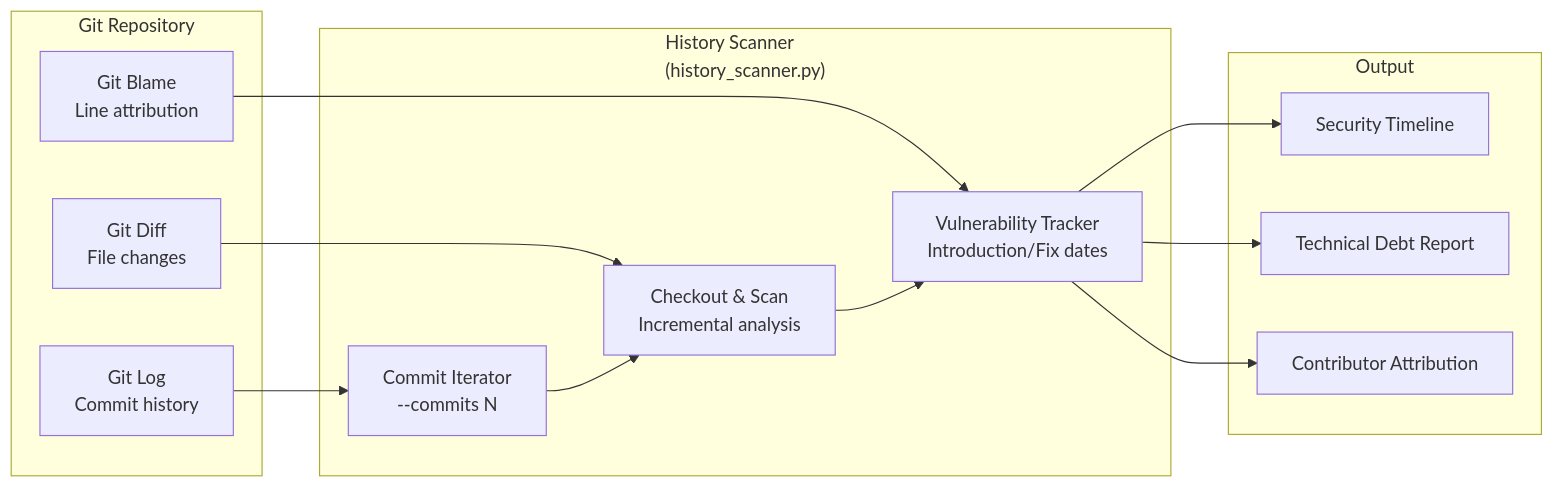
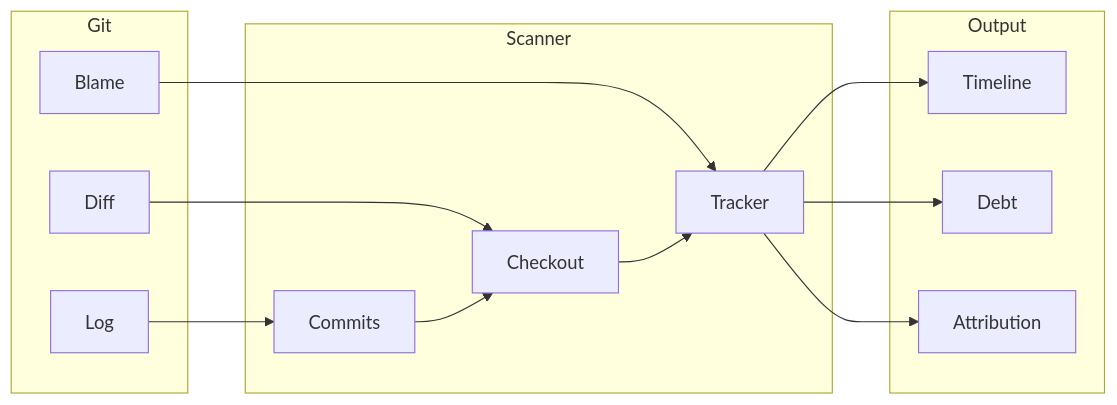
One commit to RunTimeAdmin/counterscarp changed the ninth of 13 diagrams in ARCHITECTURE.md. Above: the diagram before and after it, drawn with Mermaid. The commit also changed other lines of this file and 3 other files, not shown here.

````diff
--- a/ARCHITECTURE.md
+++ b/ARCHITECTURE.md
@@ -811,29 +730,29 @@
 ```mermaid
 flowchart LR
-    subgraph Git["Git Repository"]
-        LOG["Git Log<br/>Commit history"]
-        DIFF["Git Diff<br/>File changes"]
-        BLAME["Git Blame<br/>Line attribution"]
+    subgraph Git["Git"]
+        LOG["Log"]
+        DIFF["Diff"]
+        BLAME["Blame"]
     end
 
-    subgraph Scanner["History Scanner<br/>(history_scanner.py)"]
-        COMMITS["Commit Iterator<br/>--commits N"]
-        CHECKOUT["Checkout & Scan<br/>Incremental analysis"]
-        TRACK["Vulnerability Tracker<br/>Introduction/Fix dates"]
+    subgraph Scanner["Scanner"]
+        COMMITS["Commits"]
+        CHECKOUT["Checkout"]
+        TRACK["Tracker"]
     end
 
     subgraph Output["Output"]
-        TIMELINE["Security Timeline"]
-        DEBT["Technical Debt Report"]
-        ATTRIB["Contributor Attribution"]
+        TIMELINE["Timeline"]
+        DEBT["Debt"]
+        ATTRIB["Attribution"]
     end
 
     LOG --> COMMITS
     DIFF --> CHECKOUT
     BLAME --> TRACK
     COMMITS --> CHECKOUT
     CHECKOUT --> TRACK
     TRACK --> TIMELINE
     TRACK --> DEBT
     TRACK --> ATTRIB
 ```
````
